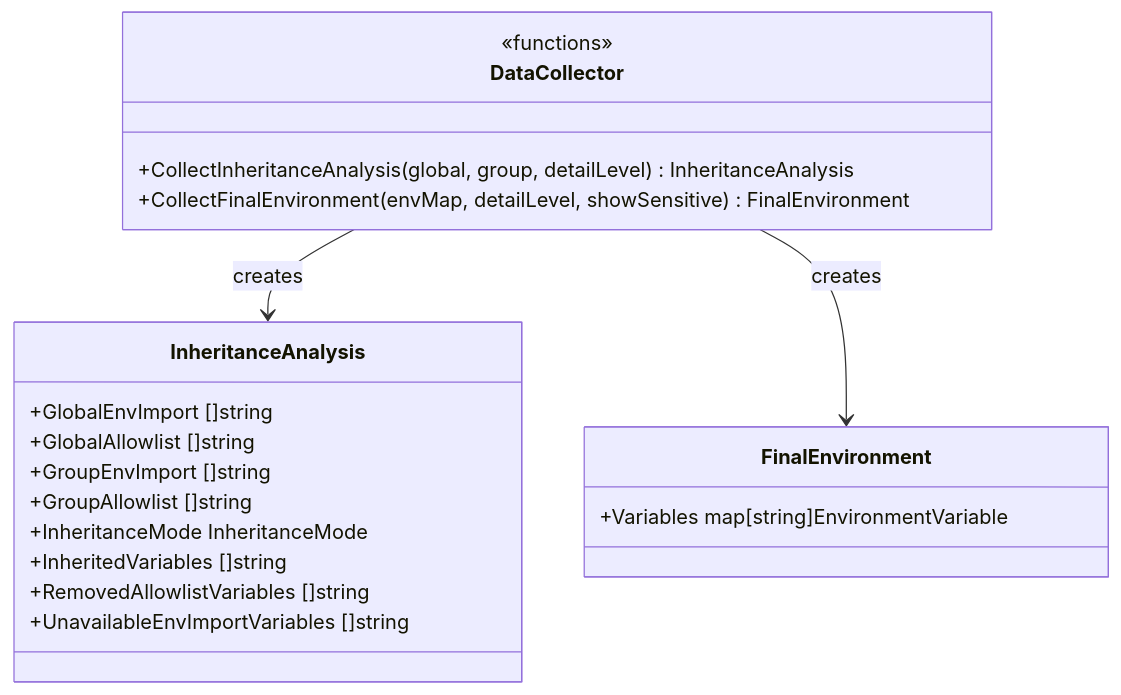
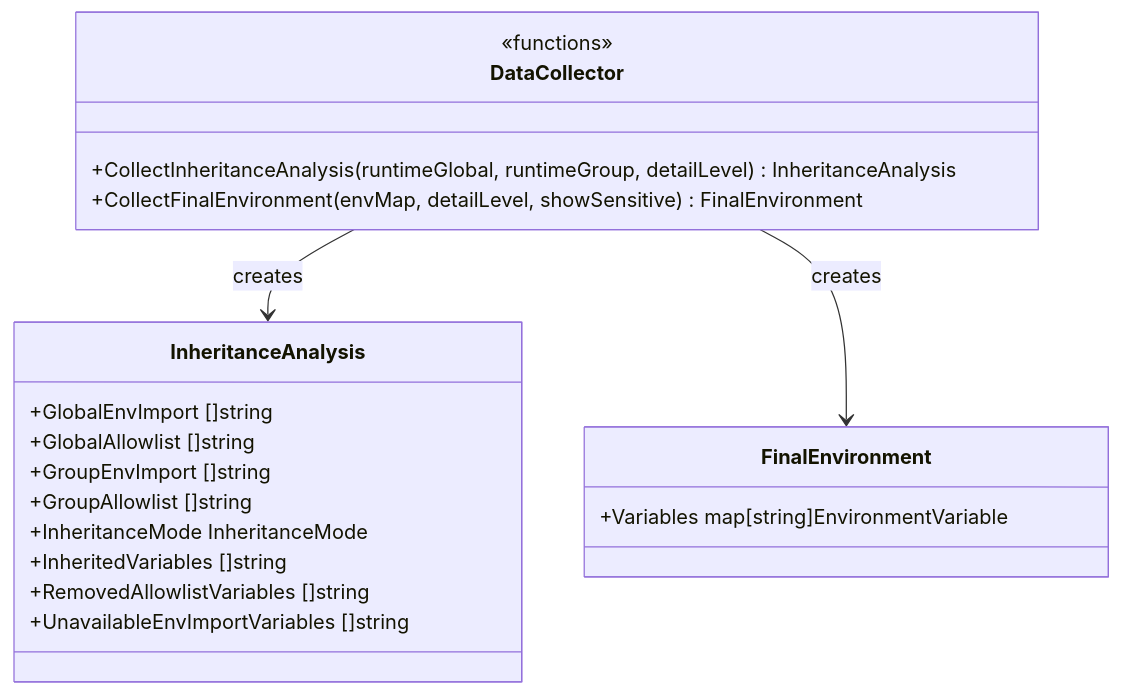
The second of 15 diagrams in docs/tasks/0049_dryrun_debug_json_output/02_architecture.ja.md (isseis/go-safe-cmd-runner), drawn with Mermaid before and after one commit. The commit also changed other lines of this file and 1 other file, not shown here.

First line of the commit message:
Fix inconsistencies in architecture document

````diff
--- a/docs/tasks/0049_dryrun_debug_json_output/02_architecture.ja.md
+++ b/docs/tasks/0049_dryrun_debug_json_output/02_architecture.ja.md
@@ -141,26 +141,26 @@
 ```mermaid
 classDiagram
     class DataCollector {
         <<functions>>
-        +CollectInheritanceAnalysis(global, group, detailLevel) InheritanceAnalysis
+        +CollectInheritanceAnalysis(runtimeGlobal, runtimeGroup, detailLevel) InheritanceAnalysis
         +CollectFinalEnvironment(envMap, detailLevel, showSensitive) FinalEnvironment
     }
 
     class InheritanceAnalysis {
         +GlobalEnvImport []string
         +GlobalAllowlist []string
         +GroupEnvImport []string
         +GroupAllowlist []string
         +InheritanceMode InheritanceMode
         +InheritedVariables []string
         +RemovedAllowlistVariables []string
         +UnavailableEnvImportVariables []string
     }
 
     class FinalEnvironment {
         +Variables map[string]EnvironmentVariable
     }
 
     DataCollector --> InheritanceAnalysis : creates
     DataCollector --> FinalEnvironment : creates
 ```
````
